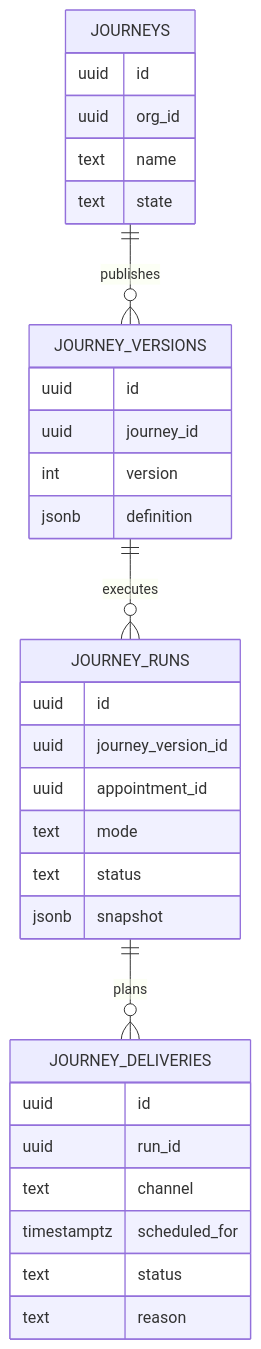
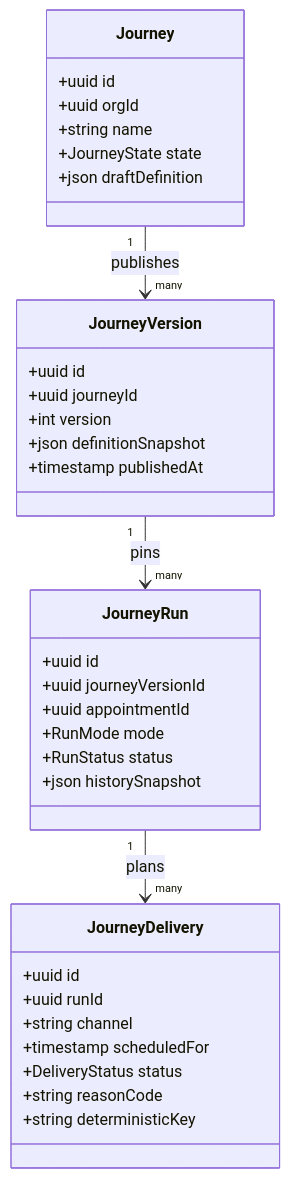
The second of 2 diagrams in specs/workflow-engine-rebuild-appointment-journeys/design.md (alandotcom/scheduling-app), drawn with Mermaid before and after one commit. The commit also changed other lines of this file and 82 other files, not shown here.

Commit message:
rebuild journey runs UX and overlap warning flow

````diff
--- a/specs/workflow-engine-rebuild-appointment-journeys/design.md
+++ b/specs/workflow-engine-rebuild-appointment-journeys/design.md
@@ -286,38 +208,41 @@
 ```mermaid
-erDiagram
-  JOURNEYS ||--o{ JOURNEY_VERSIONS : publishes
-  JOURNEY_VERSIONS ||--o{ JOURNEY_RUNS : executes
-  JOURNEY_RUNS ||--o{ JOURNEY_DELIVERIES : plans
-
-  JOURNEYS {
-    uuid id
-    uuid org_id
-    text name
-    text state
+classDiagram
+  class Journey {
+    +uuid id
+    +uuid orgId
+    +string name
+    +JourneyState state
+    +json draftDefinition
   }
 
-  JOURNEY_VERSIONS {
-    uuid id
-    uuid journey_id
-    int version
-    jsonb definition
+  class JourneyVersion {
+    +uuid id
+    +uuid journeyId
+    +int version
+    +json definitionSnapshot
+    +timestamp publishedAt
   }
 
-  JOURNEY_RUNS {
-    uuid id
-    uuid journey_version_id
-    uuid appointment_id
-    text mode
-    text status
-    jsonb snapshot
+  class JourneyRun {
+    +uuid id
+    +uuid journeyVersionId
+    +uuid appointmentId
+    +RunMode mode
+    +RunStatus status
+    +json historySnapshot
   }
 
-  JOURNEY_DELIVERIES {
-    uuid id
-    uuid run_id
-    text channel
-    timestamptz scheduled_for
-    text status
-    text reason
+  class JourneyDelivery {
+    +uuid id
+    +uuid runId
+    +string channel
+    +timestamp scheduledFor
+    +DeliveryStatus status
+    +string reasonCode
+    +string deterministicKey
   }
+
+  Journey "1" --> "many" JourneyVersion : publishes
+  JourneyVersion "1" --> "many" JourneyRun : pins
+  JourneyRun "1" --> "many" JourneyDelivery : plans
 ```
````
